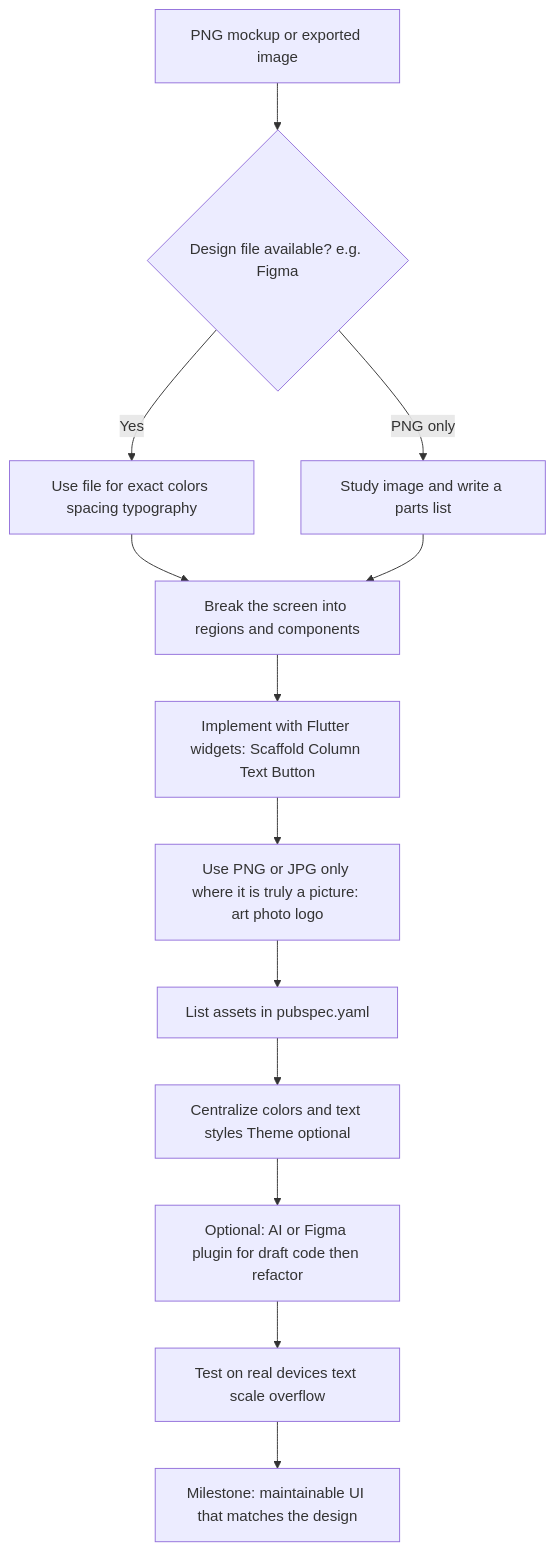
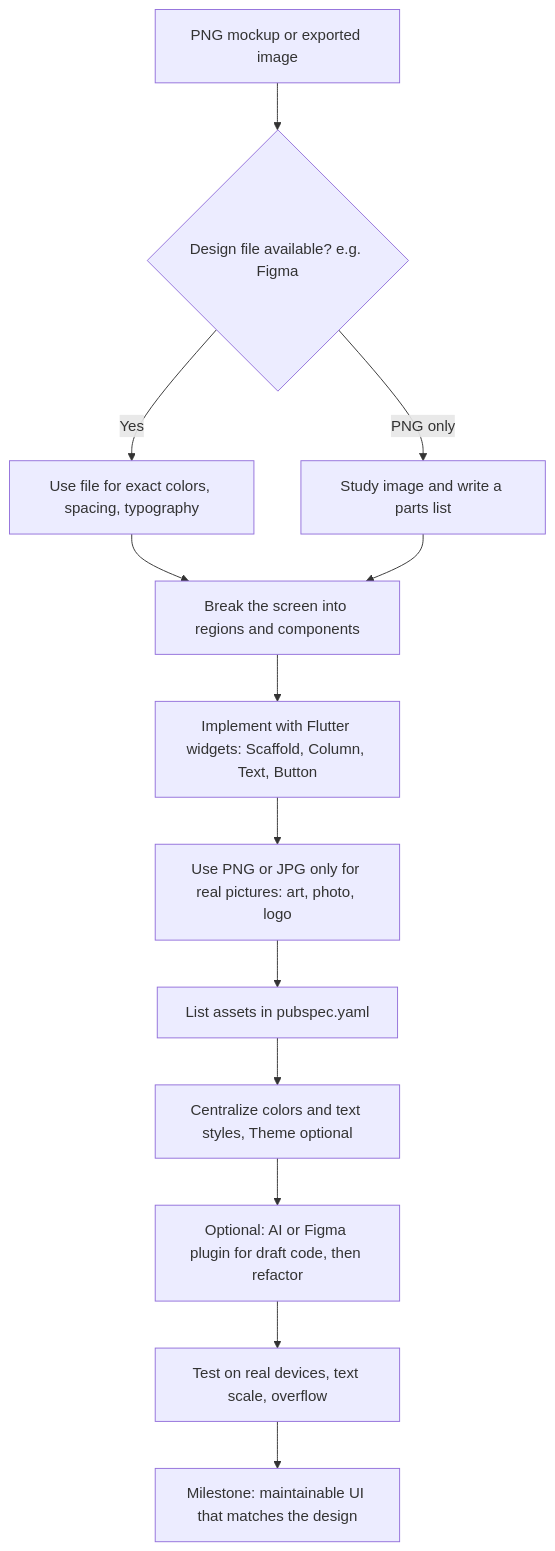
The diagram in docs/png-to-flutter-ui.md (apksundar1980/portfolio), drawn with Mermaid before and after one commit. The commit also changed 59 other files, not shown here.

````diff
--- a/docs/png-to-flutter-ui.md
+++ b/docs/png-to-flutter-ui.md
@@ -7,15 +7,15 @@
 ```mermaid
 flowchart TD
-    A[PNG mockup or exported image] --> B{Design file available? e.g. Figma}
-    B -->|Yes| C[Use file for exact colors spacing typography]
-    B -->|PNG only| D[Study image and write a parts list]
-    C --> E[Break the screen into regions and components]
+    A["PNG mockup or exported image"] --> B{"Design file available? e.g. Figma"}
+    B -->|Yes| C["Use file for exact colors, spacing, typography"]
+    B -->|PNG only| D["Study image and write a parts list"]
+    C --> E["Break the screen into regions and components"]
     D --> E
-    E --> F[Implement with Flutter widgets: Scaffold Column Text Button]
-    F --> G[Use PNG or JPG only where it is truly a picture: art photo logo]
-    G --> H[List assets in pubspec.yaml]
-    H --> I[Centralize colors and text styles Theme optional]
-    I --> J[Optional: AI or Figma plugin for draft code then refactor]
-    J --> K[Test on real devices text scale overflow]
-    K --> L[Milestone: maintainable UI that matches the design]
+    E --> F["Implement with Flutter widgets: Scaffold, Column, Text, Button"]
+    F --> G["Use PNG or JPG only for real pictures: art, photo, logo"]
+    G --> H["List assets in pubspec.yaml"]
+    H --> I["Centralize colors and text styles, Theme optional"]
+    I --> J["Optional: AI or Figma plugin for draft code, then refactor"]
+    J --> K["Test on real devices, text scale, overflow"]
+    K --> L["Milestone: maintainable UI that matches the design"]
 ```
````
